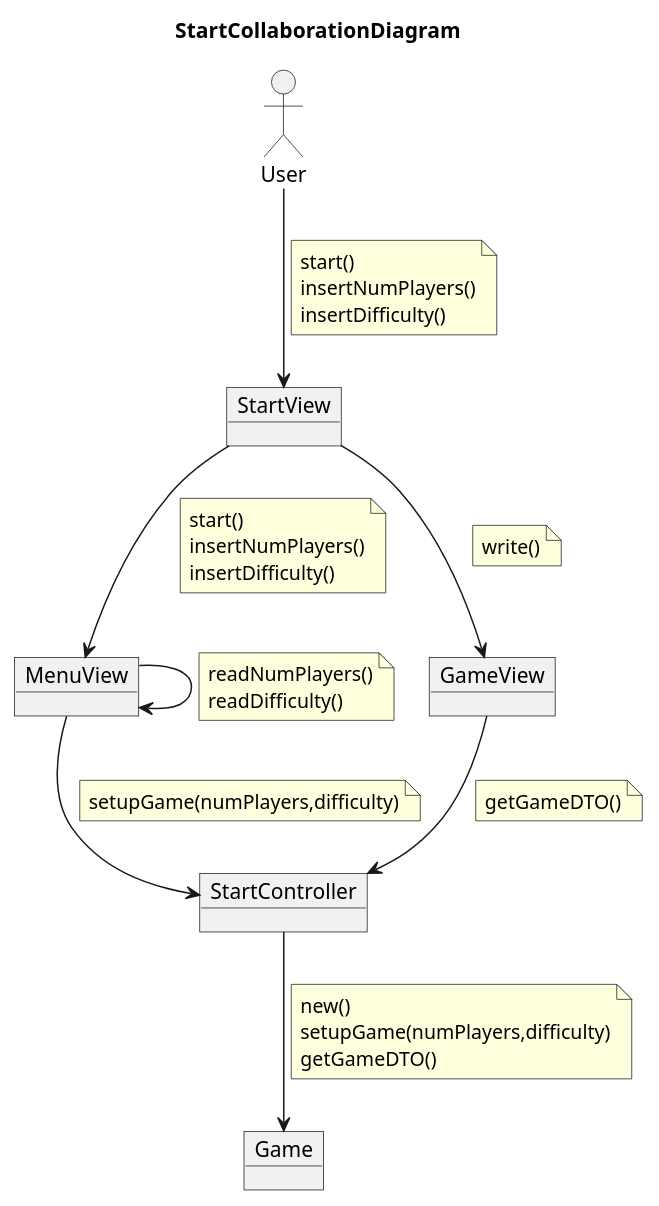
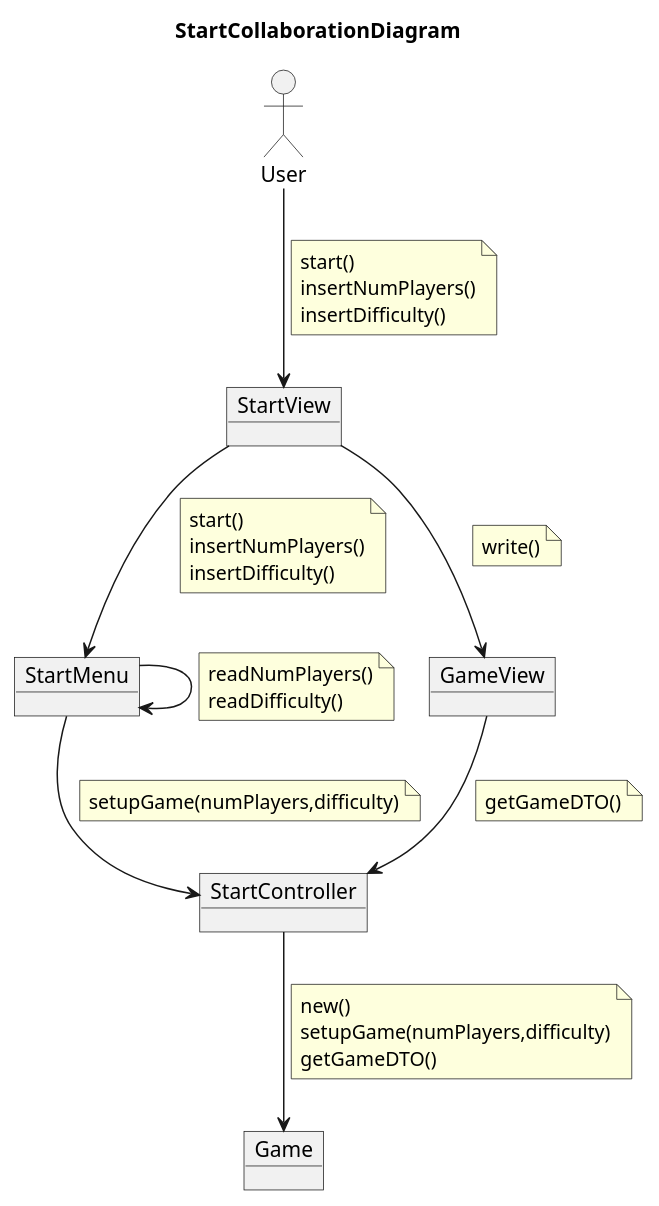
The diagram in docs/src/analysis/use-cases/start-colab.plantuml (Master-Desarrollo-20-21/patrones-diseno---practica-final---juego-de-las-damas-fraylopez), drawn with PlantUML before and after one commit. The commit also changed 5 other files, not shown here.

```diff
--- a/docs/src/analysis/use-cases/start-colab.plantuml
+++ b/docs/src/analysis/use-cases/start-colab.plantuml
@@ -2,54 +2,54 @@
 @startuml StartCollaborationDiagram
 title StartCollaborationDiagram
 ' left to right direction
 
 allow_mixing
 
 actor User
 
 object  StartController
 object Game
 object StartView
-object MenuView
+object StartMenu
 object GameView
 
 
 User --> StartView
 note on link
     start()
     insertNumPlayers()
     insertDifficulty()
 end note
-StartView --> MenuView
+StartView --> StartMenu
 note on link
     start()
     insertNumPlayers()
     insertDifficulty()
 end note
-MenuView --> MenuView
+StartMenu --> StartMenu
 note on link
     readNumPlayers()
     readDifficulty()
 end note
 
 
-MenuView --> StartController
+StartMenu --> StartController
 note on link
     setupGame(numPlayers,difficulty)
 end note
 StartController --> Game
 note on link
     new()
     setupGame(numPlayers,difficulty)
     getGameDTO()
 end note
 StartView --> GameView
 note on link
     write()
 end note
 GameView --> StartController
 note on link
     getGameDTO()
 end note
 
 @enduml
```
